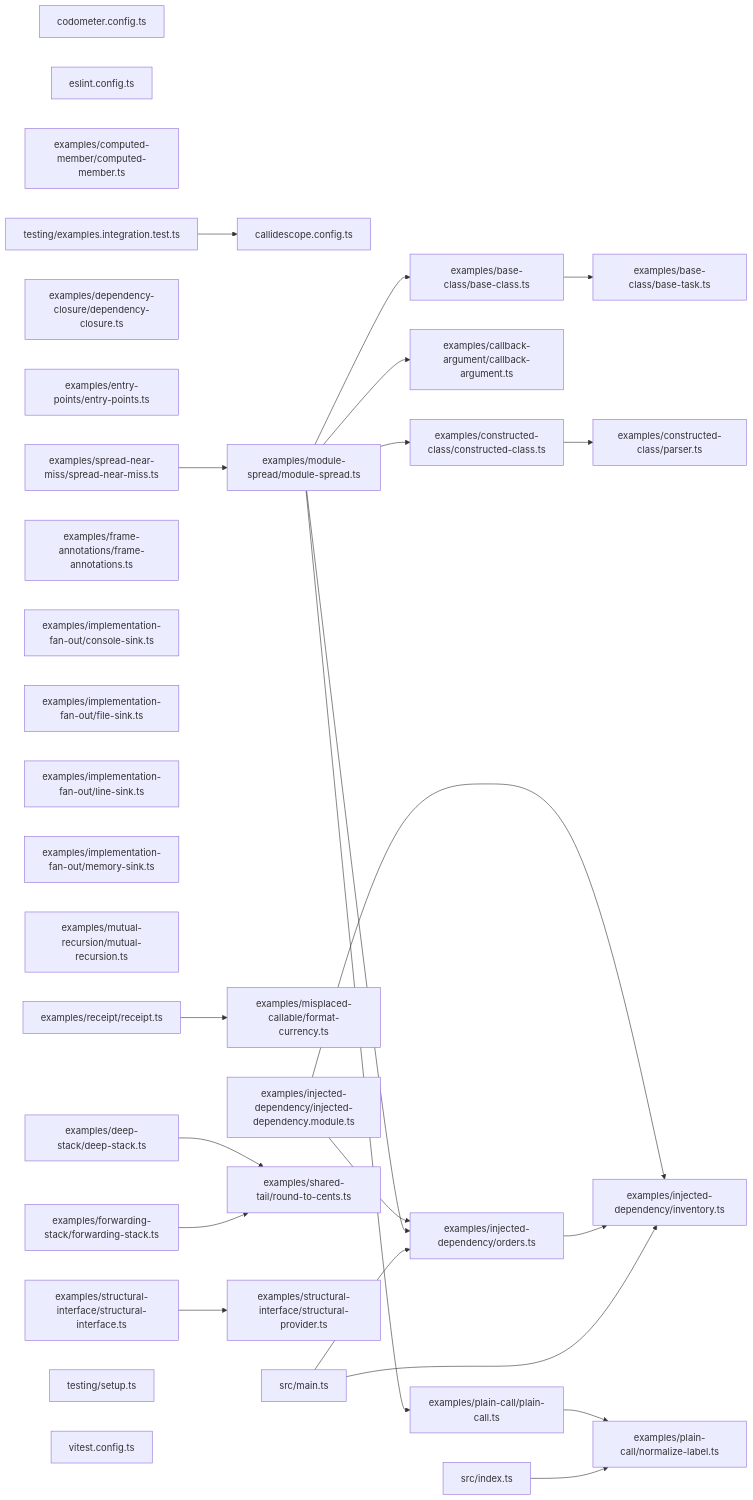
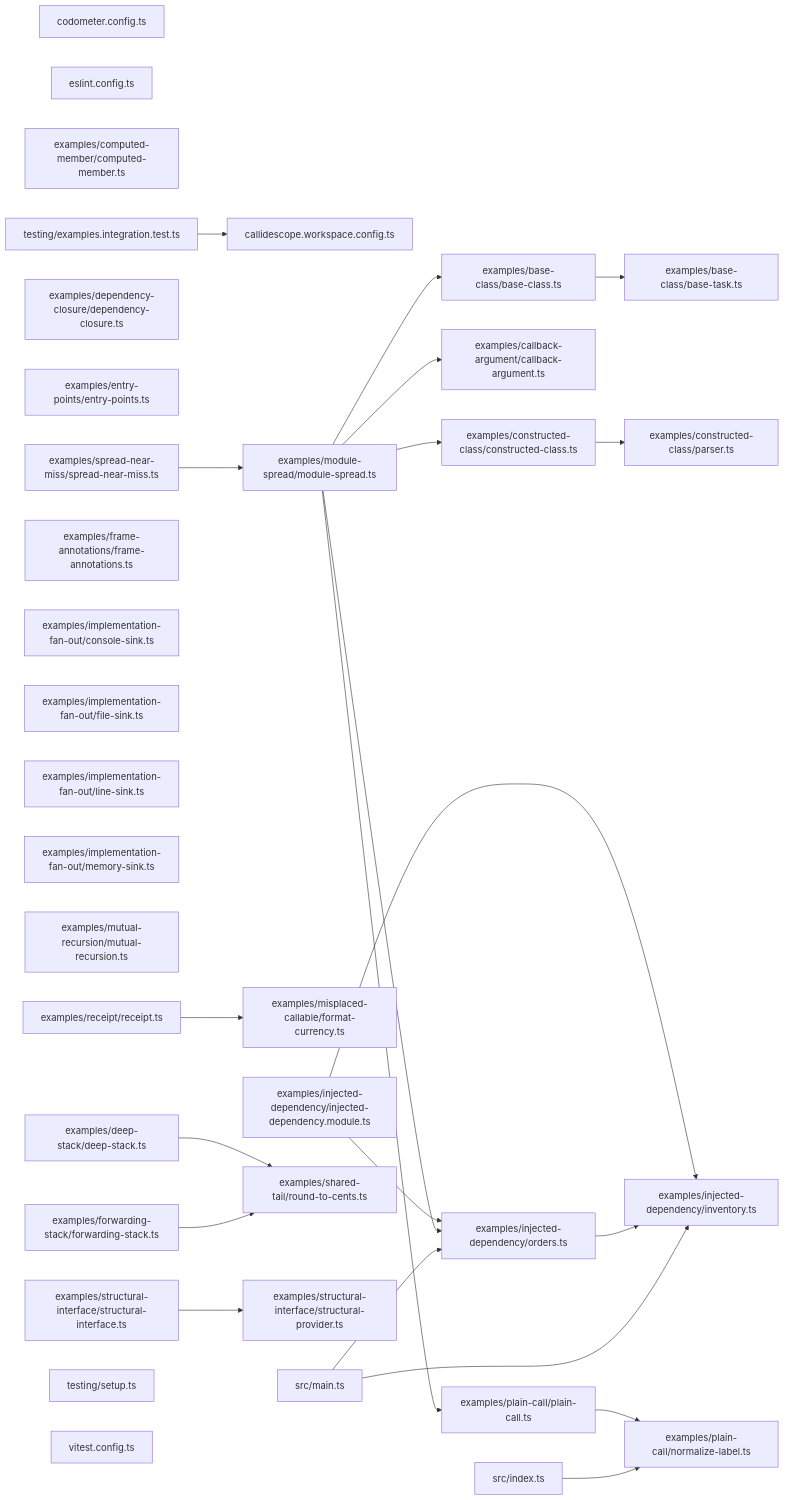
One commit to JimmyPaolini/codebase changed the second of 2 diagrams in packages/callidescope-examples/README.md. Above: the diagram before and after it, drawn with Mermaid. The commit also changed other lines of this file and 107 other files, not shown here.

````diff
--- a/packages/callidescope-examples/README.md
+++ b/packages/callidescope-examples/README.md
@@ -799,59 +916,59 @@
 ```mermaid
 graph LR
-  file_callidescope_config_ts["callidescope.config.ts"]
+  file_callidescope_workspace_config_ts["callidescope.workspace.config.ts"]
   file_codometer_config_ts["codometer.config.ts"]
   file_eslint_config_ts["eslint.config.ts"]
   file_examples_base_class_base_class_ts["examples/base-class/base-class.ts"]
   file_examples_base_class_base_task_ts["examples/base-class/base-task.ts"]
   file_examples_callback_argument_callback_argument_ts["examples/callback-argument/callback-argument.ts"]
   file_examples_computed_member_computed_member_ts["examples/computed-member/computed-member.ts"]
   file_examples_constructed_class_constructed_class_ts["examples/constructed-class/constructed-class.ts"]
   file_examples_constructed_class_parser_ts["examples/constructed-class/parser.ts"]
   file_examples_deep_stack_deep_stack_ts["examples/deep-stack/deep-stack.ts"]
   file_examples_dependency_closure_dependency_closure_ts["examples/dependency-closure/dependency-closure.ts"]
   file_examples_entry_points_entry_points_ts["examples/entry-points/entry-points.ts"]
   file_examples_forwarding_stack_forwarding_stack_ts["examples/forwarding-stack/forwarding-stack.ts"]
   file_examples_frame_annotations_frame_annotations_ts["examples/frame-annotations/frame-annotations.ts"]
   file_examples_implementation_fan_out_console_sink_ts["examples/implementation-fan-out/console-sink.ts"]
   file_examples_implementation_fan_out_file_sink_ts["examples/implementation-fan-out/file-sink.ts"]
   file_examples_implementation_fan_out_line_sink_ts["examples/implementation-fan-out/line-sink.ts"]
   file_examples_implementation_fan_out_memory_sink_ts["examples/implementation-fan-out/memory-sink.ts"]
   file_examples_injected_dependency_injected_dependency_module_ts["examples/injected-dependency/injected-dependency.module.ts"]
   file_examples_injected_dependency_inventory_ts["examples/injected-dependency/inventory.ts"]
   file_examples_injected_dependency_orders_ts["examples/injected-dependency/orders.ts"]
   file_examples_misplaced_callable_format_currency_ts["examples/misplaced-callable/format-currency.ts"]
   file_examples_module_spread_module_spread_ts["examples/module-spread/module-spread.ts"]
   file_examples_mutual_recursion_mutual_recursion_ts["examples/mutual-recursion/mutual-recursion.ts"]
   file_examples_plain_call_normalize_label_ts["examples/plain-call/normalize-label.ts"]
   file_examples_plain_call_plain_call_ts["examples/plain-call/plain-call.ts"]
   file_examples_receipt_receipt_ts["examples/receipt/receipt.ts"]
   file_examples_shared_tail_round_to_cents_ts["examples/shared-tail/round-to-cents.ts"]
   file_examples_spread_near_miss_spread_near_miss_ts["examples/spread-near-miss/spread-near-miss.ts"]
   file_examples_structural_interface_structural_interface_ts["examples/structural-interface/structural-interface.ts"]
   file_examples_structural_interface_structural_provider_ts["examples/structural-interface/structural-provider.ts"]
   file_src_index_ts["src/index.ts"]
   file_src_main_ts["src/main.ts"]
   file_testing_examples_integration_test_ts["testing/examples.integration.test.ts"]
   file_testing_setup_ts["testing/setup.ts"]
   file_vitest_config_ts["vitest.config.ts"]
   file_examples_base_class_base_class_ts --> file_examples_base_class_base_task_ts
   file_examples_constructed_class_constructed_class_ts --> file_examples_constructed_class_parser_ts
   file_examples_deep_stack_deep_stack_ts --> file_examples_shared_tail_round_to_cents_ts
   file_examples_forwarding_stack_forwarding_stack_ts --> file_examples_shared_tail_round_to_cents_ts
   file_examples_injected_dependency_injected_dependency_module_ts --> file_examples_injected_dependency_inventory_ts
   file_examples_injected_dependency_injected_dependency_module_ts --> file_examples_injected_dependency_orders_ts
   file_examples_injected_dependency_orders_ts --> file_examples_injected_dependency_inventory_ts
   file_examples_module_spread_module_spread_ts --> file_examples_base_class_base_class_ts
   file_examples_module_spread_module_spread_ts --> file_examples_callback_argument_callback_argument_ts
   file_examples_module_spread_module_spread_ts --> file_examples_constructed_class_constructed_class_ts
   file_examples_module_spread_module_spread_ts --> file_examples_injected_dependency_orders_ts
   file_examples_module_spread_module_spread_ts --> file_examples_plain_call_plain_call_ts
   file_examples_plain_call_plain_call_ts --> file_examples_plain_call_normalize_label_ts
   file_examples_receipt_receipt_ts --> file_examples_misplaced_callable_format_currency_ts
   file_examples_spread_near_miss_spread_near_miss_ts --> file_examples_module_spread_module_spread_ts
   file_examples_structural_interface_structural_interface_ts --> file_examples_structural_interface_structural_provider_ts
   file_src_index_ts --> file_examples_plain_call_normalize_label_ts
   file_src_main_ts --> file_examples_injected_dependency_inventory_ts
   file_src_main_ts --> file_examples_injected_dependency_orders_ts
-  file_testing_examples_integration_test_ts --> file_callidescope_config_ts
+  file_testing_examples_integration_test_ts --> file_callidescope_workspace_config_ts
 ```
````
